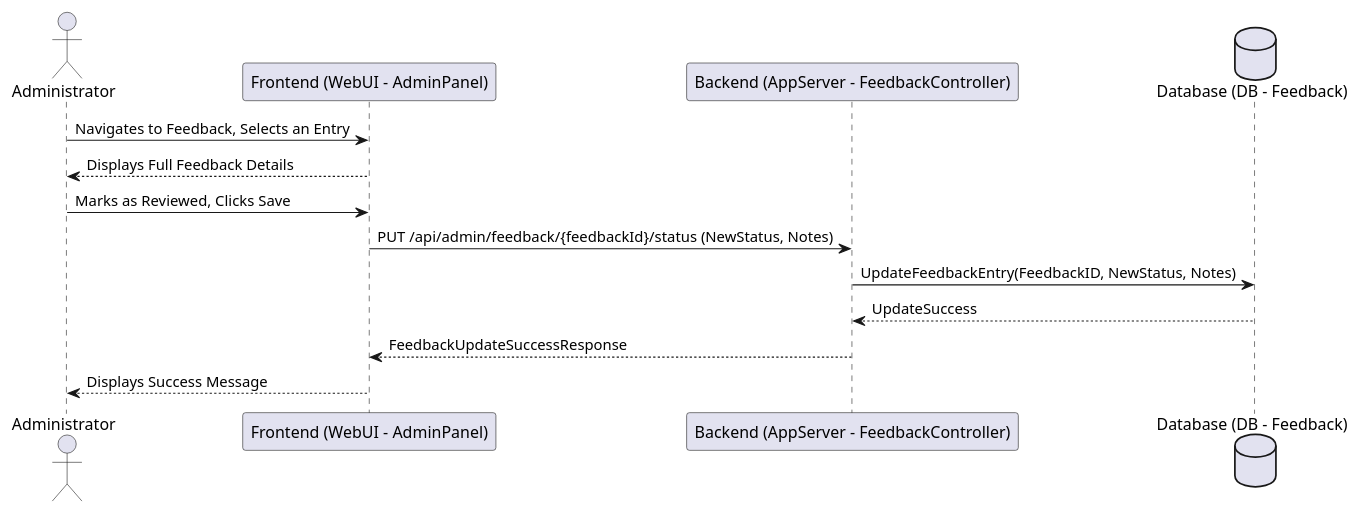
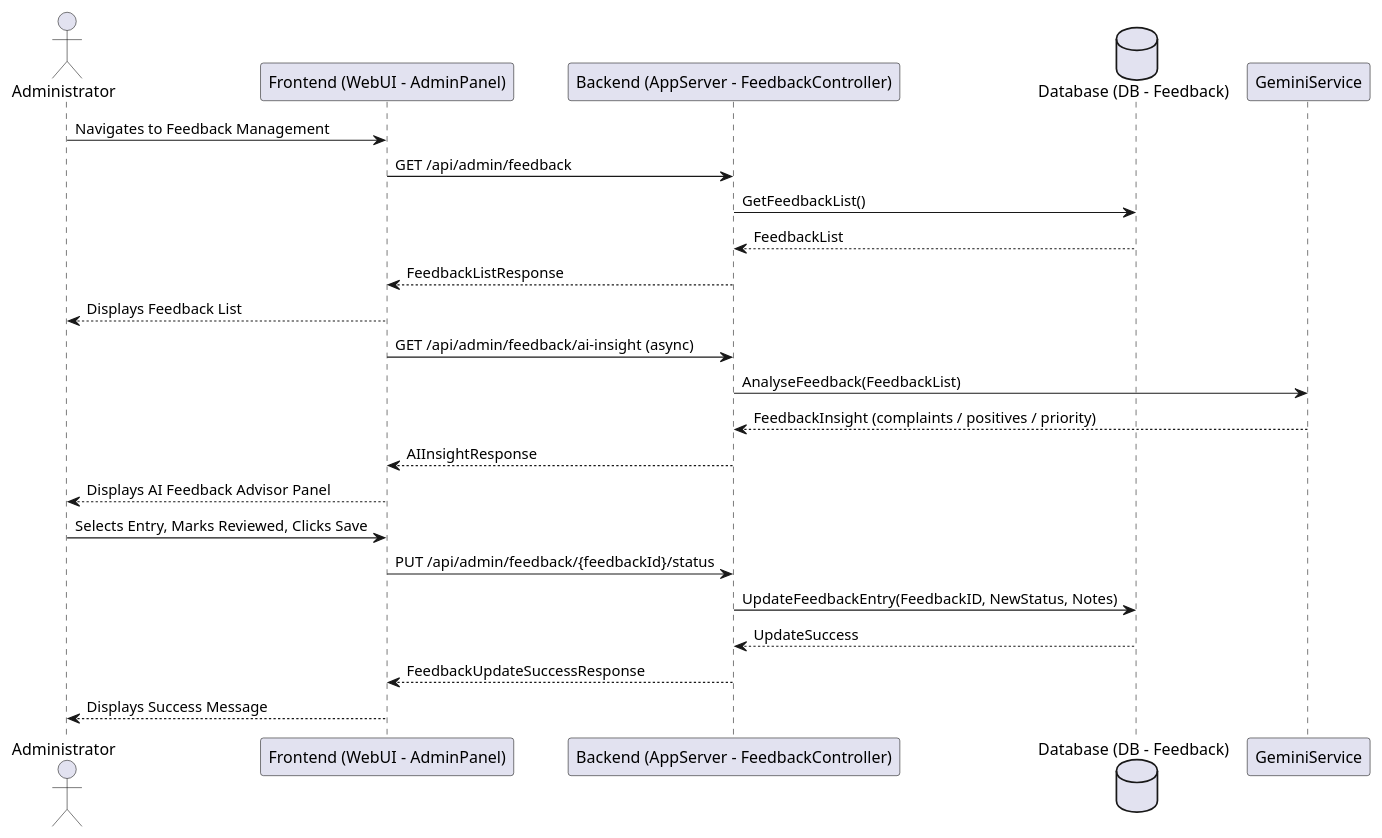
Before and after one commit to 7azmi/Al-Muneer-Portal: diagram 32 of 34 in Academic fluff (temp)/appendix: SRS.md, drawn with PlantUML. The commit also changed other lines of this file, not shown here.

````diff
--- a/Academic fluff (temp)/appendix: SRS.md
+++ b/Academic fluff (temp)/appendix: SRS.md
@@ -1363,17 +1382,29 @@
 ```plantuml
 @startuml
 actor Administrator as Admin
 participant "Frontend (WebUI - AdminPanel)" as UI
 participant "Backend (AppServer - FeedbackController)" as App
 database "Database (DB - Feedback)" as DB
+participant "GeminiService" as AI
 
-Admin -> UI : Navigates to Feedback, Selects an Entry
-UI --> Admin : Displays Full Feedback Details
-Admin -> UI : Marks as Reviewed, Clicks Save
-UI -> App : PUT /api/admin/feedback/{feedbackId}/status (NewStatus, Notes)
+Admin -> UI : Navigates to Feedback Management
+UI -> App : GET /api/admin/feedback
+App -> DB : GetFeedbackList()
+DB --> App : FeedbackList
+App --> UI : FeedbackListResponse
+UI --> Admin : Displays Feedback List
+
+UI -> App : GET /api/admin/feedback/ai-insight (async)
+App -> AI : AnalyseFeedback(FeedbackList)
+AI --> App : FeedbackInsight (complaints / positives / priority)
+App --> UI : AIInsightResponse
+UI --> Admin : Displays AI Feedback Advisor Panel
+
+Admin -> UI : Selects Entry, Marks Reviewed, Clicks Save
+UI -> App : PUT /api/admin/feedback/{feedbackId}/status
 App -> DB : UpdateFeedbackEntry(FeedbackID, NewStatus, Notes)
 DB --> App : UpdateSuccess
 App --> UI : FeedbackUpdateSuccessResponse
 UI --> Admin : Displays Success Message
 @enduml
 ```
````
